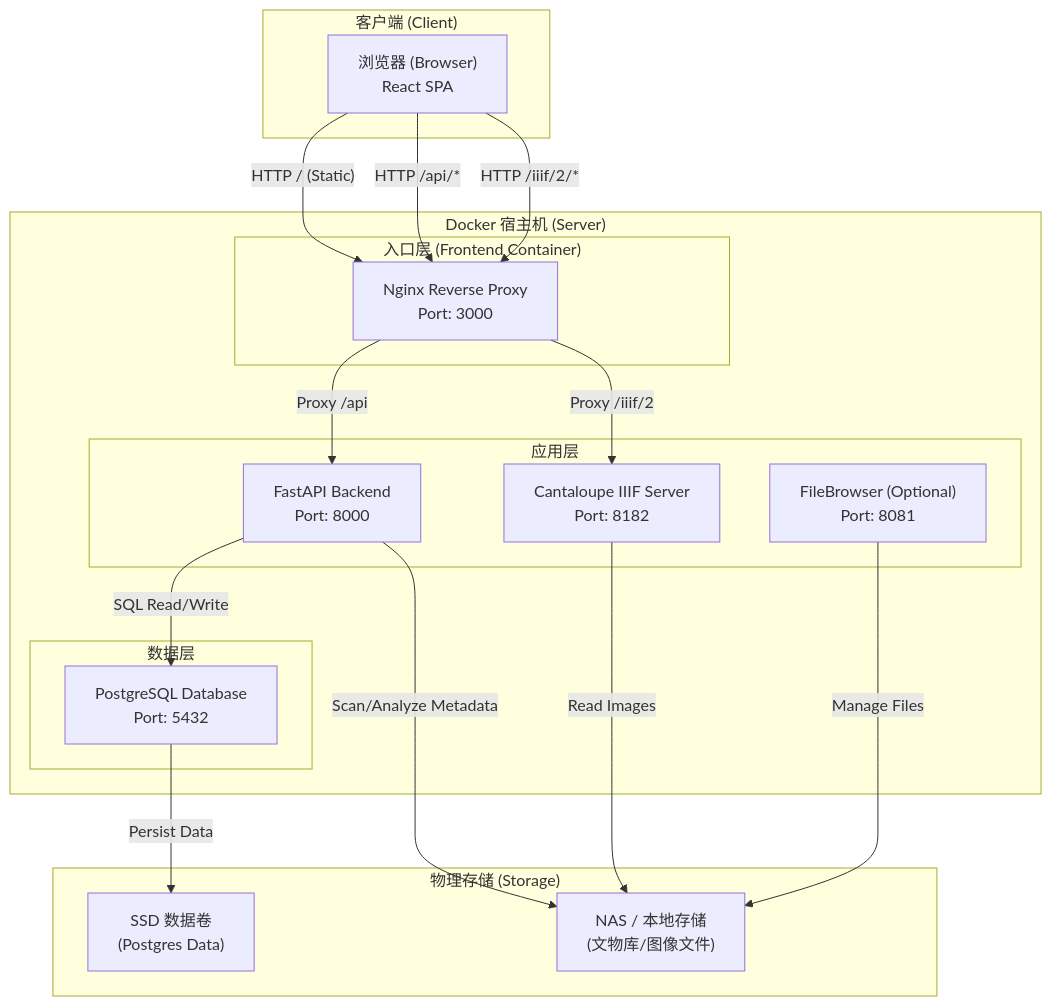
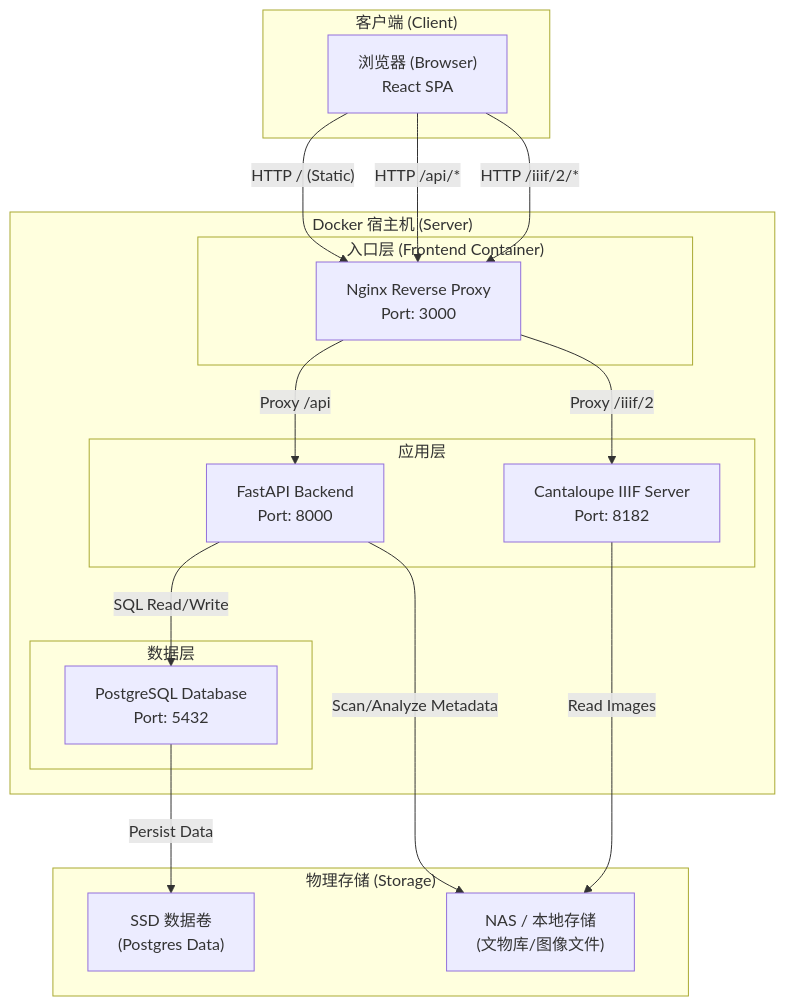
The diagram in docs/00-归档/ARCHITECTURE.md (bigheadhenry/mdams-prototype), drawn with Mermaid before and after one commit. The commit also changed other lines of this file and 10 other files, not shown here.

Commit message:
docs: refresh architecture and deployment guidance

````diff
--- a/docs/00-归档/ARCHITECTURE.md
+++ b/docs/00-归档/ARCHITECTURE.md
@@ -7,44 +11,43 @@
 ```mermaid
 graph TB
     subgraph Client_Side ["客户端 (Client)"]
         Browser["浏览器 (Browser)<br/>React SPA"]
     end
 
     subgraph Docker_Host ["Docker 宿主机 (Server)"]
         subgraph Entry_Point ["入口层 (Frontend Container)"]
             Nginx["Nginx Reverse Proxy<br/>Port: 3000"]
         end
 
         subgraph Application_Layer ["应用层"]
             Backend["FastAPI Backend<br/>Port: 8000"]
             Cantaloupe["Cantaloupe IIIF Server<br/>Port: 8182"]
-            FileBrowser["FileBrowser (Optional)<br/>Port: 8081"]
+
         end
 
         subgraph Data_Layer ["数据层"]
             Postgres["PostgreSQL Database<br/>Port: 5432"]
         end
     end
 
     subgraph Storage_Layer ["物理存储 (Storage)"]
         NAS_Images["NAS / 本地存储<br/>(文物库/图像文件)"]
         DB_Volume["SSD 数据卷<br/>(Postgres Data)"]
     end
 
     %% Data Flow Connections
     Browser -- "HTTP / (Static)" --> Nginx
     Browser -- "HTTP /api/*" --> Nginx
     Browser -- "HTTP /iiif/2/*" --> Nginx
 
     Nginx -- "Proxy /api" --> Backend
     Nginx -- "Proxy /iiif/2" --> Cantaloupe
 
     Backend -- "SQL Read/Write" --> Postgres
     Backend -- "Scan/Analyze Metadata" --> NAS_Images
     
     Cantaloupe -- "Read Images" --> NAS_Images
     
-    FileBrowser -- "Manage Files" --> NAS_Images
 
     Postgres -- "Persist Data" --> DB_Volume
 ```
````
